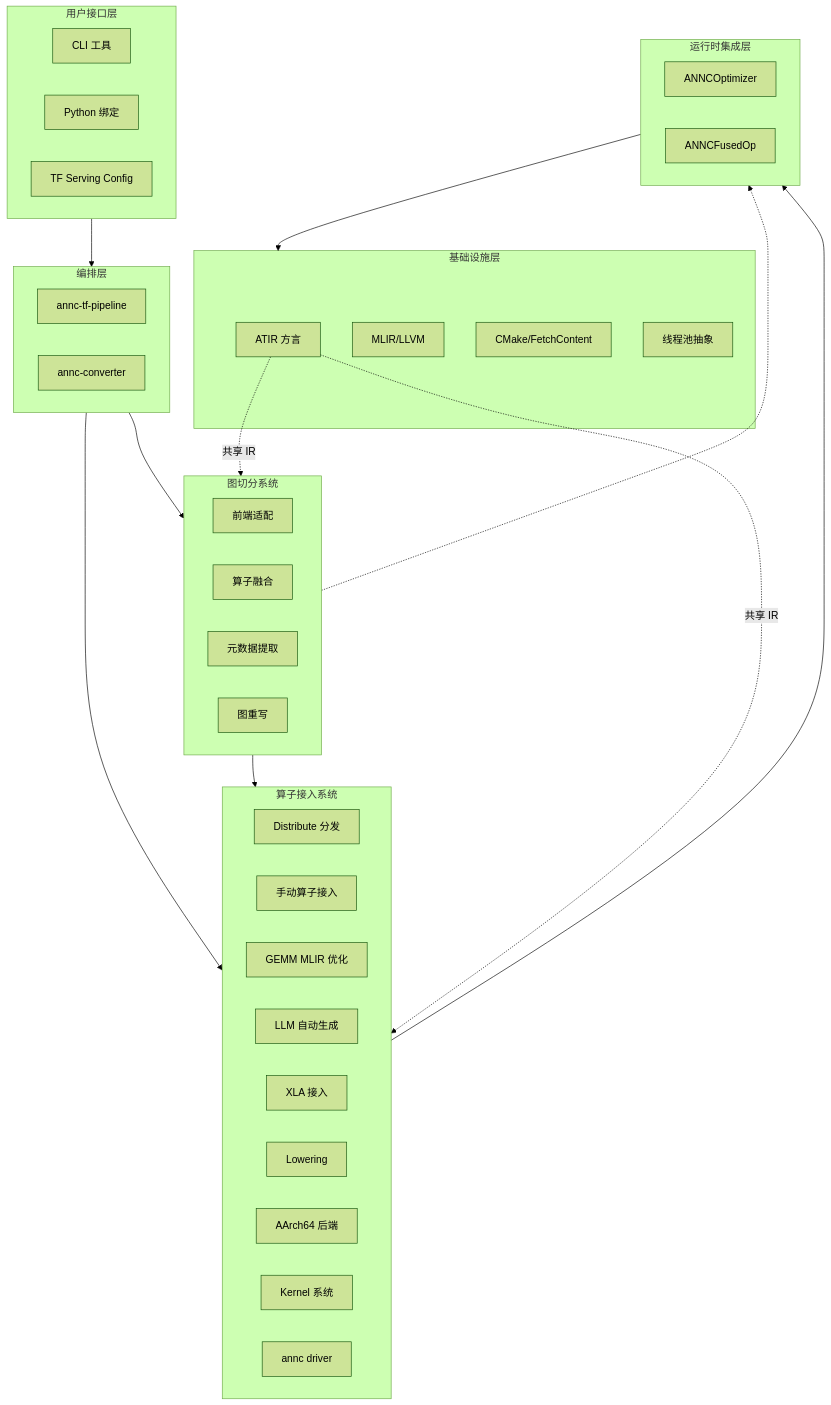
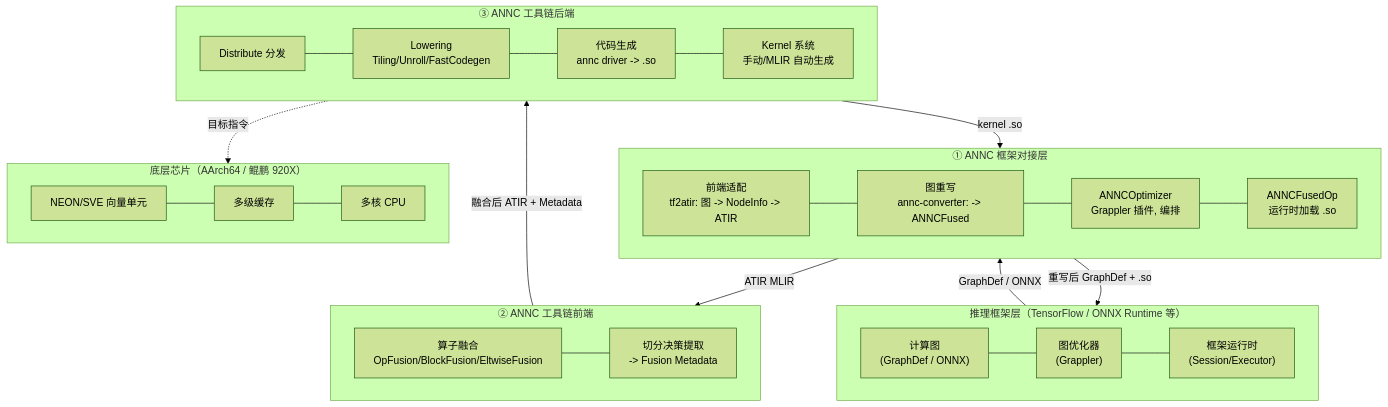
Before and after one commit to openeuler-mirror/ANNC: the fourth of 7 diagrams in docs/annc-architecture-design.md, drawn with Mermaid (forest theme). The commit also changed other lines of this file, not shown here.

First line of the commit message:
docs(arch): refactor to three-layer architecture and update task assignment

````diff
--- a/docs/annc-architecture-design.md
+++ b/docs/annc-architecture-design.md
@@ -232,54 +230,34 @@
 ```mermaid
 flowchart TB
-    subgraph User["用户接口层"]
-        CLI["CLI 工具"]
-        Python["Python 绑定"]
-        TFConfig["TF Serving Config"]
+    subgraph InferenceFramework["推理框架层（TensorFlow / ONNX Runtime 等）"]
+        direction LR
+        GraphDef["计算图<br/>(GraphDef / ONNX)"] --- Grappler["图优化器<br/>(Grappler)"] --- TFRuntime["框架运行时<br/>(Session/Executor)"]
     end
 
-    subgraph Orchestration["编排层"]
-        Pipeline["annc-tf-pipeline"]
-        Converter["annc-converter"]
+    subgraph FrameworkAdaptor["① ANNC 框架对接层"]
+        direction LR
+        Adaptor["前端适配<br/>tf2atir: 图 -> NodeInfo -> ATIR"] --- Rewriter["图重写<br/>annc-converter: -> ANNCFused"] --- Optimizer["ANNCOptimizer<br/>Grappler 插件, 编排"] --- FusedOp["ANNCFusedOp<br/>运行时加载 .so"]
     end
 
-    subgraph Partitioning["图切分系统"]
-        Frontend["前端适配"]
-        Fusion["算子融合"]
-        Metadata["元数据提取"]
-        Rewriter["图重写"]
+    subgraph Frontend["② ANNC 工具链前端"]
+        direction LR
+        Fusion["算子融合<br/>OpFusion/BlockFusion/EltwiseFusion"] --- Metadata["切分决策提取<br/>-> Fusion Metadata"]
     end
 
-    subgraph Codegen["算子接入系统"]
-        Distribute["Distribute 分发"]
-        ManualKernel["手动算子接入"]
-        GEMM["GEMM MLIR 优化"]
-        LLMGen["LLM 自动生成"]
-        XLA["XLA 接入"]
-        Lowering["Lowering"]
-        AArch64["AArch64 后端"]
-        Kernel["Kernel 系统"]
-        Driver["annc driver"]
+    subgraph Backend["③ ANNC 工具链后端"]
+        direction LR
+        Distribute["Distribute 分发"] --- Lowering["Lowering<br/>Tiling/Unroll/FastCodegen"] --- Codegen["代码生成<br/>annc driver -> .so"] --- Kernel["Kernel 系统<br/>手动/MLIR 自动生成"]
     end
 
-    subgraph Runtime["运行时集成层"]
-        Optimizer["ANNCOptimizer"]
-        FusedOp["ANNCFusedOp"]
+    subgraph Hardware["底层芯片（AArch64 / 鲲鹏 920X）"]
+        direction LR
+        NEON["NEON/SVE 向量单元"] --- Cache["多级缓存"] --- Core["多核 CPU"]
     end
 
-    subgraph Infra["基础设施层"]
-        ATIR["ATIR 方言"]
-        LLVM["MLIR/LLVM"]
-        Build["CMake/FetchContent"]
-        ThreadPool["线程池抽象"]
-    end
-
-    User --> Orchestration
-    Orchestration --> Partitioning
-    Orchestration --> Codegen
-    Partitioning --> Codegen
-    Codegen --> Runtime
-    Runtime --> Infra
-    Partitioning -.-> Runtime
-    ATIR -.->|共享 IR| Partitioning
-    ATIR -.->|共享 IR| Codegen
+    InferenceFramework -->|"GraphDef / ONNX"| FrameworkAdaptor
+    FrameworkAdaptor -->|"ATIR MLIR"| Frontend
+    Frontend -->|"融合后 ATIR + Metadata"| Backend
+    Backend -->|"kernel .so"| FrameworkAdaptor
+    FrameworkAdaptor -->|"重写后 GraphDef + .so"| InferenceFramework
+    Backend -.->|"目标指令"| Hardware
 ```
````
